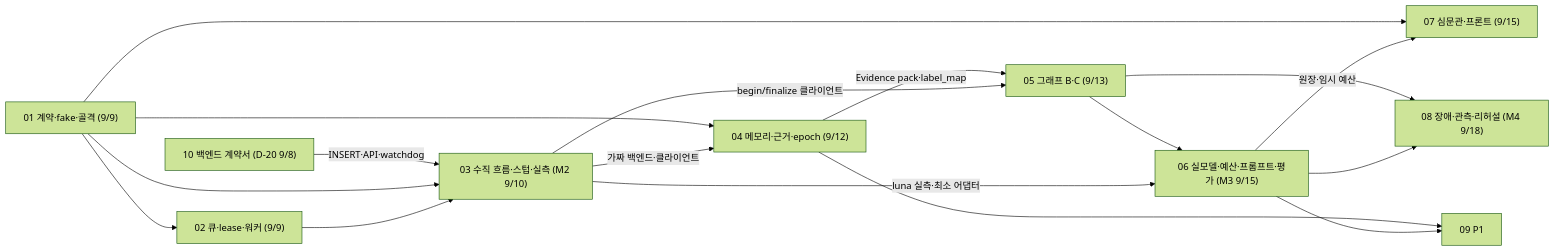
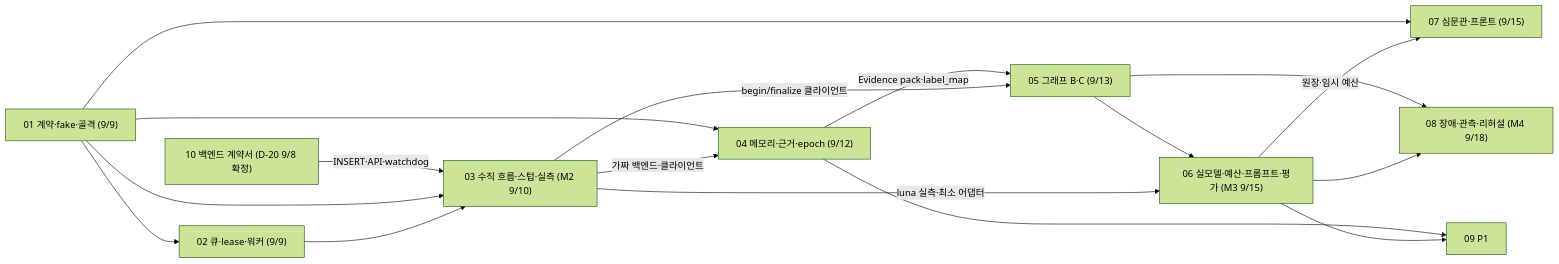
One commit to geoji-yaho/geoji-agent changed the diagram in docs/plans/00-INDEX.md. Above: the diagram before and after it, drawn with Mermaid (forest theme). The commit also changed other lines of this file and 10 other files, not shown here.

````diff
--- a/docs/plans/00-INDEX.md
+++ b/docs/plans/00-INDEX.md
@@ -147,19 +147,19 @@
 ```mermaid
 flowchart LR
-  D10["10 백엔드 계약서 (D-20 9/8)"] -->|"INSERT·API·watchdog"| D03
+  D10["10 백엔드 계약서 (D-20 9/8 확정)"] -->|"INSERT·API·watchdog"| D03
   D01["01 계약·fake·골격 (9/9)"] --> D02["02 큐·lease·워커 (9/9)"]
   D01 --> D03["03 수직 흐름·스텁·실측 (M2 9/10)"]
   D02 --> D03
   D01 --> D04["04 메모리·근거·epoch (9/12)"]
   D03 -->|"가짜 백엔드·클라이언트"| D04
   D04 -->|"Evidence pack·label_map"| D05["05 그래프 B·C (9/13)"]
   D03 -->|"begin/finalize 클라이언트"| D05
   D05 --> D06["06 실모델·예산·프롬프트·평가 (M3 9/15)"]
   D03 -->|"luna 실측·최소 어댑터"| D06
   D01 --> D07["07 심문관·프론트 (9/15)"]
   D06 -->|"원장·임시 예산"| D07
   D05 --> D08["08 장애·관측·리허설 (M4 9/18)"]
   D06 --> D08
   D04 --> D09["09 P1"]
   D06 --> D09
 ```
````
